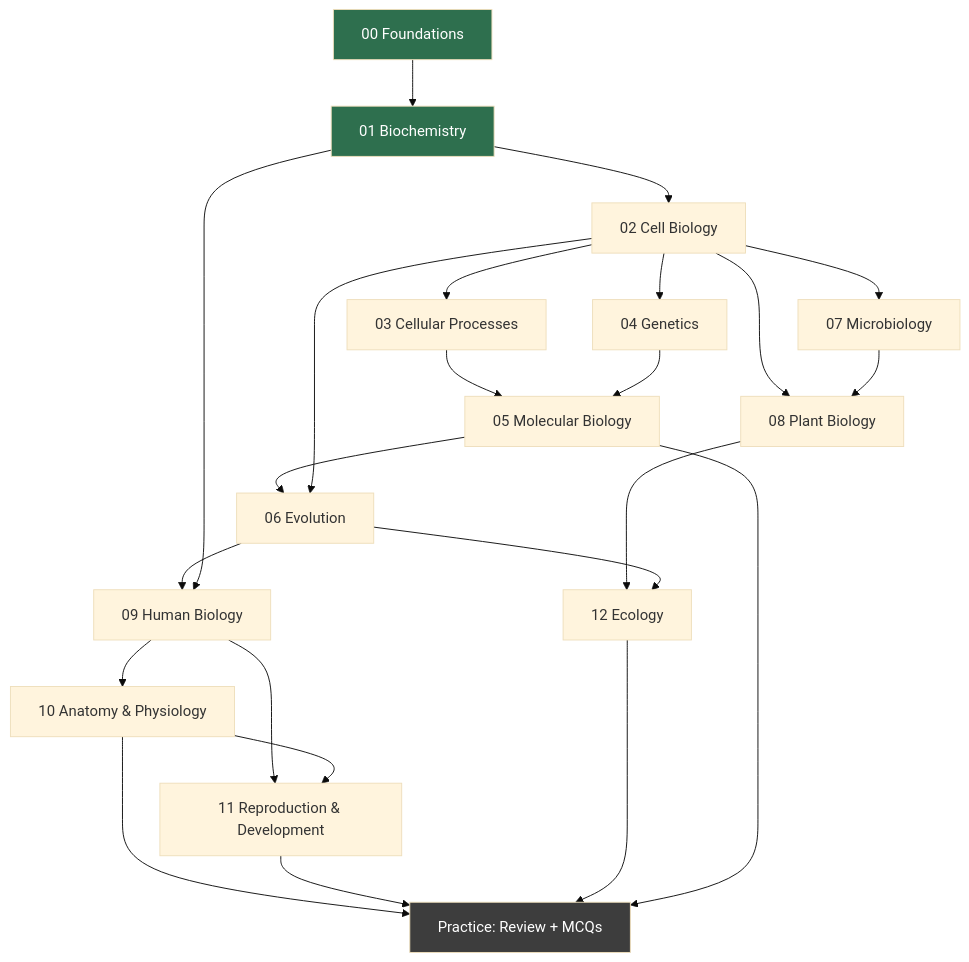
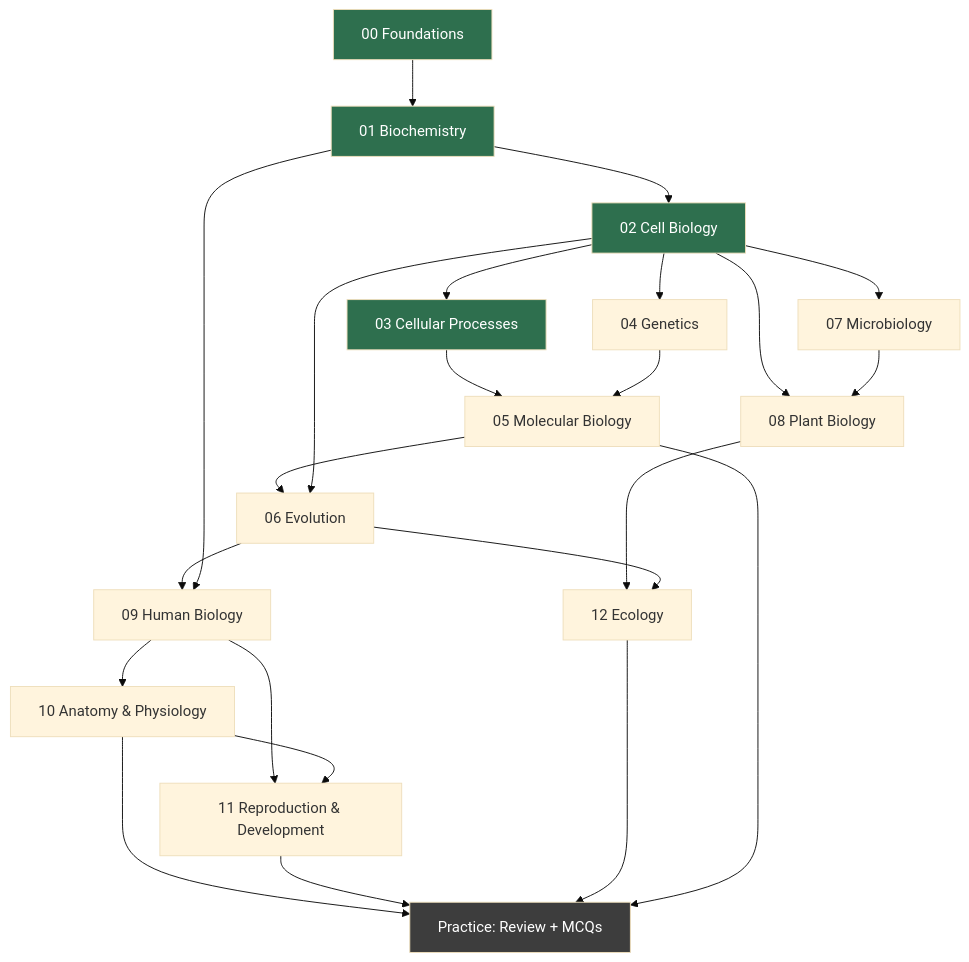
One commit to ahmed-chorahi/pre-med-biology changed the diagram in ROADMAP.md. Above: the diagram before and after it, drawn with Mermaid (base theme). The commit also changed other lines of this file and 85 other files, not shown here.

````diff
--- a/ROADMAP.md
+++ b/ROADMAP.md
@@ -5,29 +5,31 @@
 ```mermaid
 flowchart TD
     F["00 Foundations"] --> B["01 Biochemistry"]
     B --> C["02 Cell Biology"]
     C --> P["03 Cellular Processes"]
     C --> G["04 Genetics"]
     P --> M["05 Molecular Biology"]
     G --> M
     M --> E["06 Evolution"]
     C --> E
     C --> MB["07 Microbiology"]
     C --> PL["08 Plant Biology"]
     MB --> PL
     E --> H["09 Human Biology"]
     B --> H
     H --> A["10 Anatomy &amp; Physiology"]
     H --> R["11 Reproduction &amp; Development"]
     A --> R
     PL --> ECO["12 Ecology"]
     E --> ECO
     A --> V["Practice: Review + MCQs"]
     R --> V
     ECO --> V
     M --> V
 
     style F fill:#2e6f4e,color:#fff
     style B fill:#2e6f4e,color:#fff
+    style C fill:#2e6f4e,color:#fff
+    style P fill:#2e6f4e,color:#fff
     style V fill:#3d3d3d,color:#fff
 ```
````
